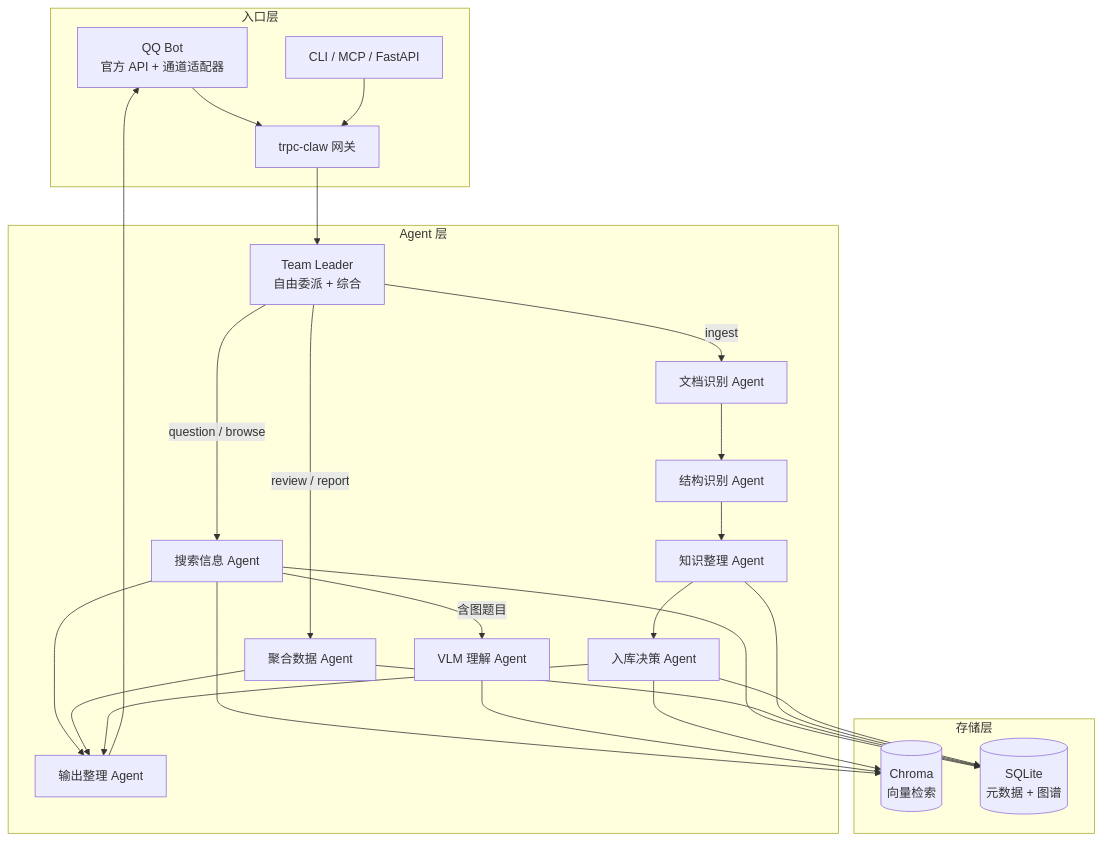
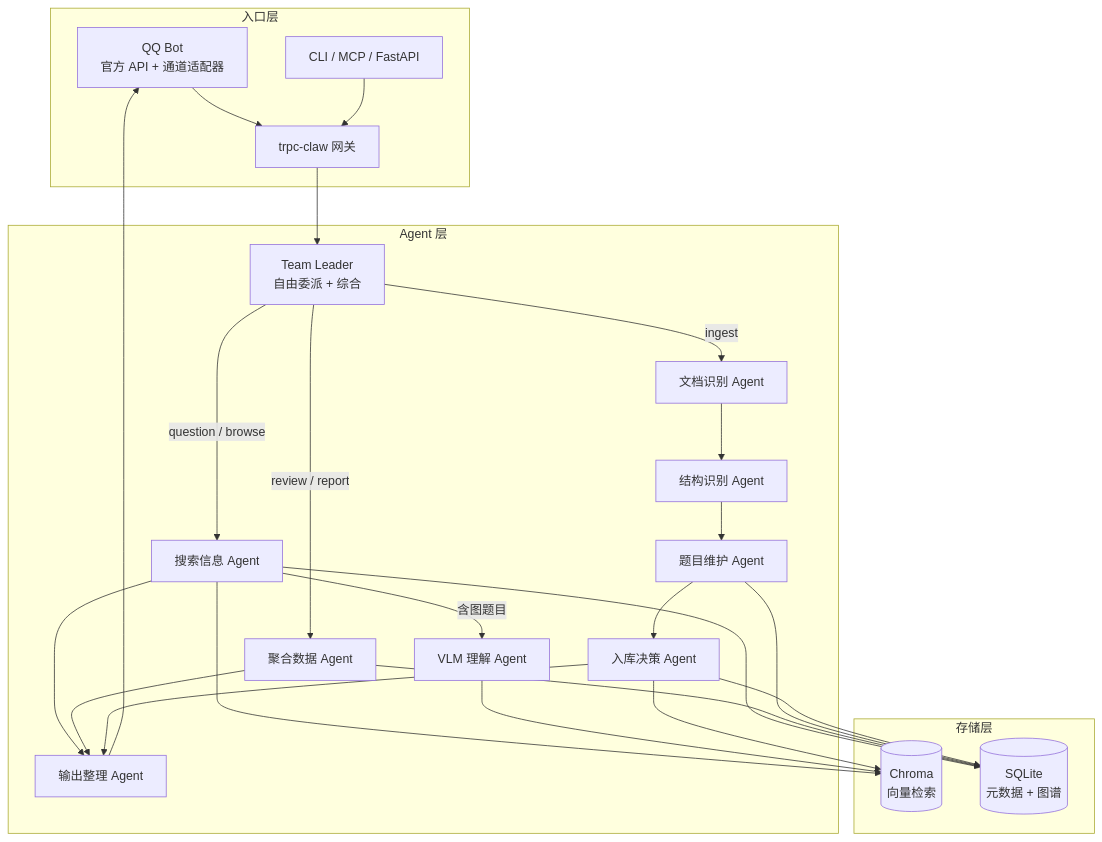
Before and after one commit to ttzc/gaokao_rag: the first of 3 diagrams in docs/agent/README.md, drawn with Mermaid. The commit also changed other lines of this file and 24 other files, not shown here.

````diff
--- a/docs/agent/README.md
+++ b/docs/agent/README.md
@@ -22,33 +22,33 @@
 ```mermaid
 flowchart TB
     subgraph 入口层
         QQ[QQ Bot<br/>官方 API + 通道适配器] --> CLAW[trpc-claw 网关]
         CLI[CLI / MCP / FastAPI] --> CLAW
     end
 
     subgraph Agent 层
         CLAW --> L[Team Leader<br/>自由委派 + 综合]
         L -->|question / browse| SEARCH[搜索信息 Agent]
         L -->|review / report| AGG[聚合数据 Agent]
         L -->|ingest| DOC[文档识别 Agent]
         SEARCH -->|含图题目| VLM[VLM 理解 Agent]
         SEARCH --> OUT[输出整理 Agent]
         AGG --> OUT
         DOC --> STRUCT[结构识别 Agent]
-        STRUCT --> KNOW[知识整理 Agent]
+        STRUCT --> KNOW[题目维护 Agent]
         KNOW --> STORE[入库决策 Agent]
         STORE --> OUT
     end
 
     subgraph 存储层
         SEARCH --> CHROMA[(Chroma<br/>向量检索)]
         SEARCH --> SQL1[(SQLite<br/>元数据 + 图谱)]
         AGG --> SQL1
         VLM --> CHROMA
         KNOW --> SQL1
         STORE --> SQL1
         STORE --> CHROMA
     end
 
     OUT --> QQ
 ```
````
